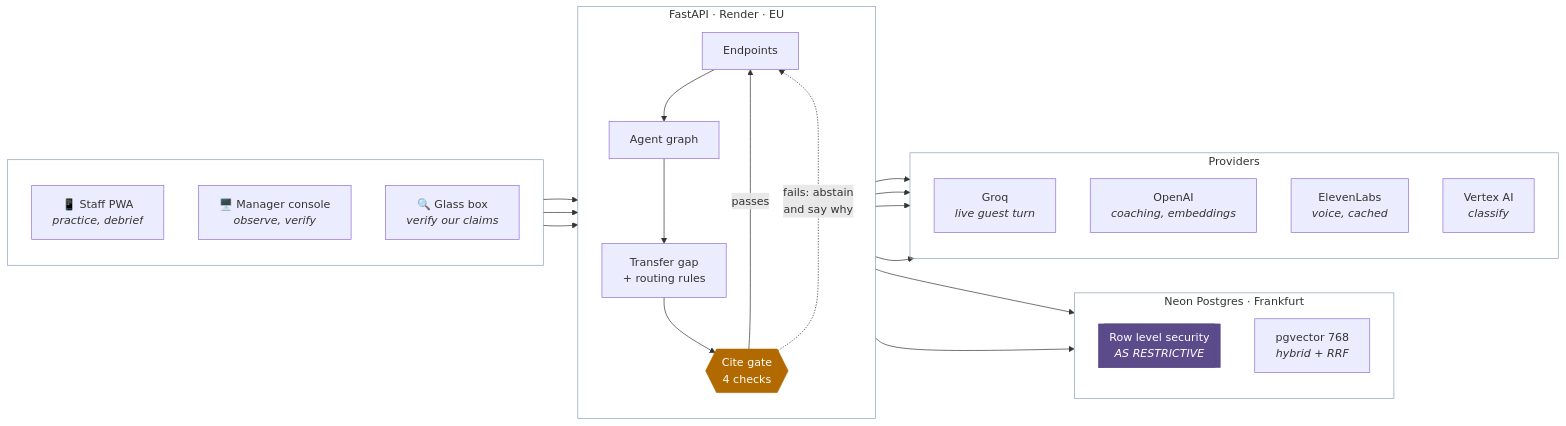
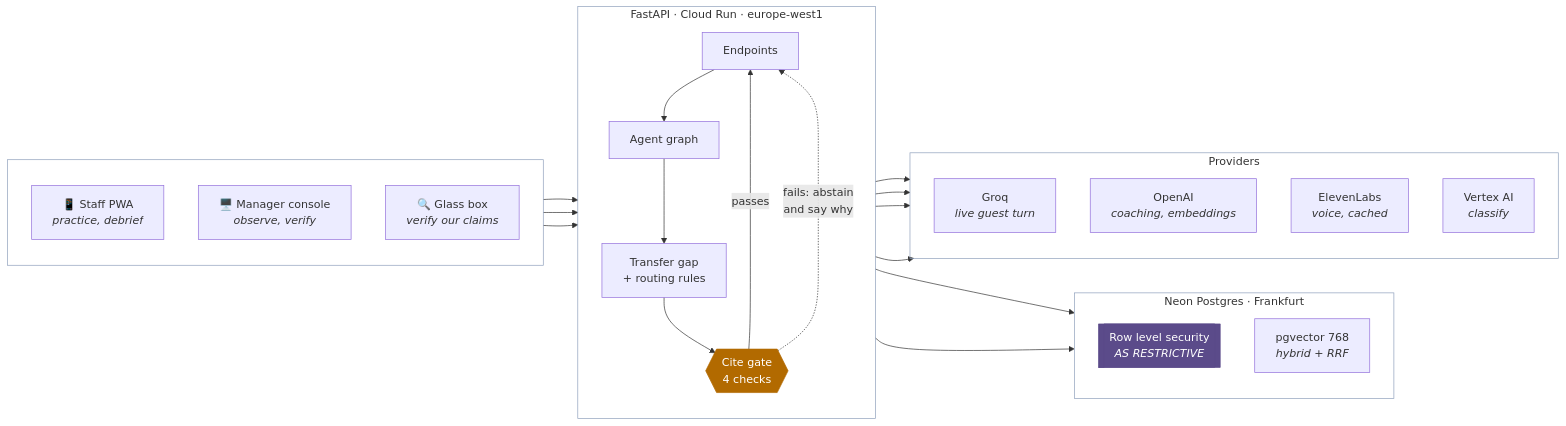
One commit to IronNathanAlvares/naic-2026-coaching-engine changed the diagram in README.md. Above: the diagram before and after it, drawn with Mermaid. The commit also changed other lines of this file and 3 other files, not shown here.

First line of the commit message:
The docs said Render. It is Cloud Run now

````diff
--- a/README.md
+++ b/README.md
@@ -109,50 +109,50 @@
 ```mermaid
 flowchart LR
     subgraph client [" "]
         direction TB
         S["📱 Staff PWA<br/><i>practice, debrief</i>"]
         M["🖥️ Manager console<br/><i>observe, verify</i>"]
         G["🔍 Glass box<br/><i>verify our claims</i>"]
     end
 
-    subgraph api ["FastAPI · Render · EU"]
+    subgraph api ["FastAPI · Cloud Run · europe-west1"]
         direction TB
         EP["Endpoints"]
         AG["Agent graph"]
         GATE{{"Cite gate<br/>4 checks"}}
         RULES["Transfer gap<br/>+ routing rules"]
     end
 
     subgraph data ["Neon Postgres · Frankfurt"]
         direction TB
         RLS[["Row level security<br/><i>AS RESTRICTIVE</i>"]]
         VEC["pgvector 768<br/><i>hybrid + RRF</i>"]
     end
 
     subgraph ai ["Providers"]
         direction TB
         GQ["Groq<br/><i>live guest turn</i>"]
         OA["OpenAI<br/><i>coaching, embeddings</i>"]
         EL["ElevenLabs<br/><i>voice, cached</i>"]
         VX["Vertex AI<br/><i>classify</i>"]
     end
 
     S --> EP
     M --> EP
     G --> EP
     EP --> AG
     AG --> RULES
     RULES --> GATE
     GATE -->|"passes"| EP
     GATE -.->|"fails: abstain<br/>and say why"| EP
     AG --> VEC
     EP --> RLS
     AG --> GQ & OA & EL & VX
 
     style GATE fill:#B26A00,stroke:#B26A00,color:#fff
     style RLS fill:#5B4B8A,stroke:#5B4B8A,color:#fff
     style data fill:none,stroke:#8FA0BC
     style api fill:none,stroke:#8FA0BC
     style ai fill:none,stroke:#8FA0BC
     style client fill:none,stroke:#8FA0BC
 ```
````
